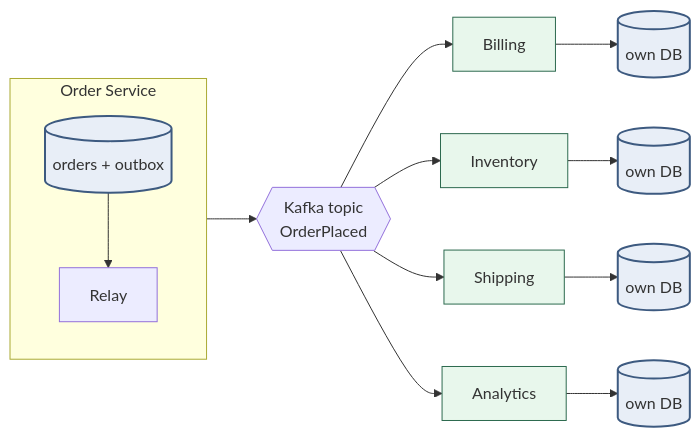
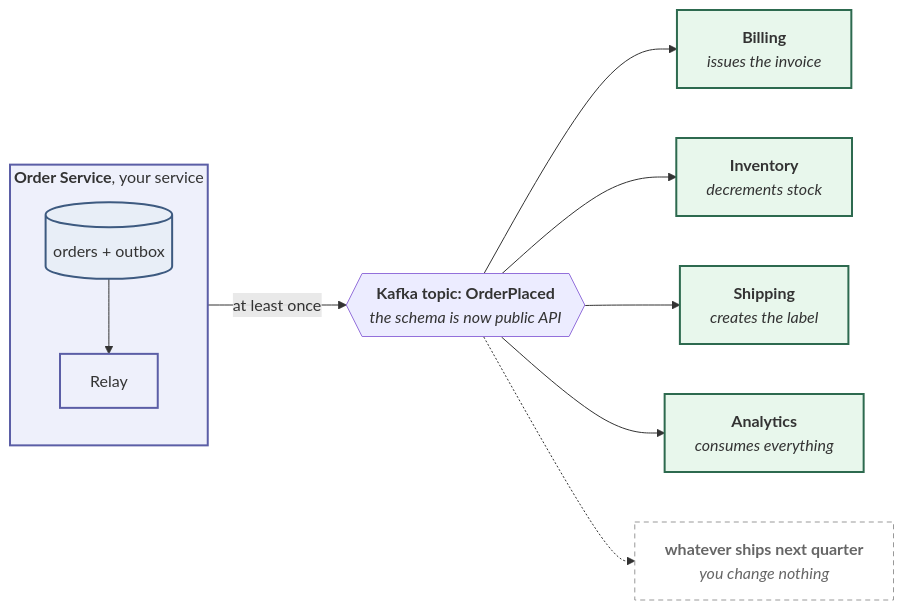
Before and after one commit to maldins46/comepaolo-blog-v2: the diagram in assets/article_images/2026-08-21-from-cqrs-to-event-driven-architecture/06-eda.mmd, drawn with Mermaid. The commit also changed 3 other files, not shown here.

Commit message:
fix: Updated and optimized diagrams

```diff
--- a/assets/article_images/2026-08-21-from-cqrs-to-event-driven-architecture/06-eda.mmd
+++ b/assets/article_images/2026-08-21-from-cqrs-to-event-driven-architecture/06-eda.mmd
@@ -1,24 +1,32 @@
 flowchart LR
-  subgraph OS["Order Service"]
+  subgraph OS["<b>Order Service</b>, your service"]
     direction TB
     ODB[("orders + outbox")]
     REL["Relay"]
     ODB --> REL
   end
 
-  REL --> K{{"Kafka topic<br/>OrderPlaced"}}
+  K{{"<b>Kafka topic: OrderPlaced</b><br/><i>the schema is now public API</i>"}}
 
-  K --> B["Billing"]
-  K --> I["Inventory"]
-  K --> S["Shipping"]
-  K --> A["Analytics"]
+  B["<b>Billing</b><br/><i>issues the invoice</i>"]
+  I["<b>Inventory</b><br/><i>decrements stock</i>"]
+  S["<b>Shipping</b><br/><i>creates the label</i>"]
+  A["<b>Analytics</b><br/><i>consumes everything</i>"]
+  N["<b>whatever ships next quarter</b><br/><i>you change nothing</i>"]
 
-  B --> BDB[("own DB")]
-  I --> IDB[("own DB")]
-  S --> SDB[("own DB")]
-  A --> ADB[("own DB")]
+  REL -->|at least once| K
+  K --> B
+  K --> I
+  K --> S
+  K --> A
+  K -.-> N
 
   classDef store fill:#e8eef7,stroke:#3d5a80,stroke-width:2px
-  classDef svc fill:#e8f7ec,stroke:#2d6a4f
-  class ODB,BDB,IDB,SDB,ADB store
+  classDef svc fill:#e8f7ec,stroke:#2d6a4f,stroke-width:2px
+  classDef comp fill:#eef0fb,stroke:#5b5ea6,stroke-width:2px
+  classDef ghost fill:#ffffff,stroke:#999,stroke-width:1px,color:#666,stroke-dasharray: 5 4
+  class ODB store
+  class REL comp
   class B,I,S,A svc
+  class N ghost
+  style OS fill:#eef0fb,stroke:#5b5ea6,stroke-width:2px
```
